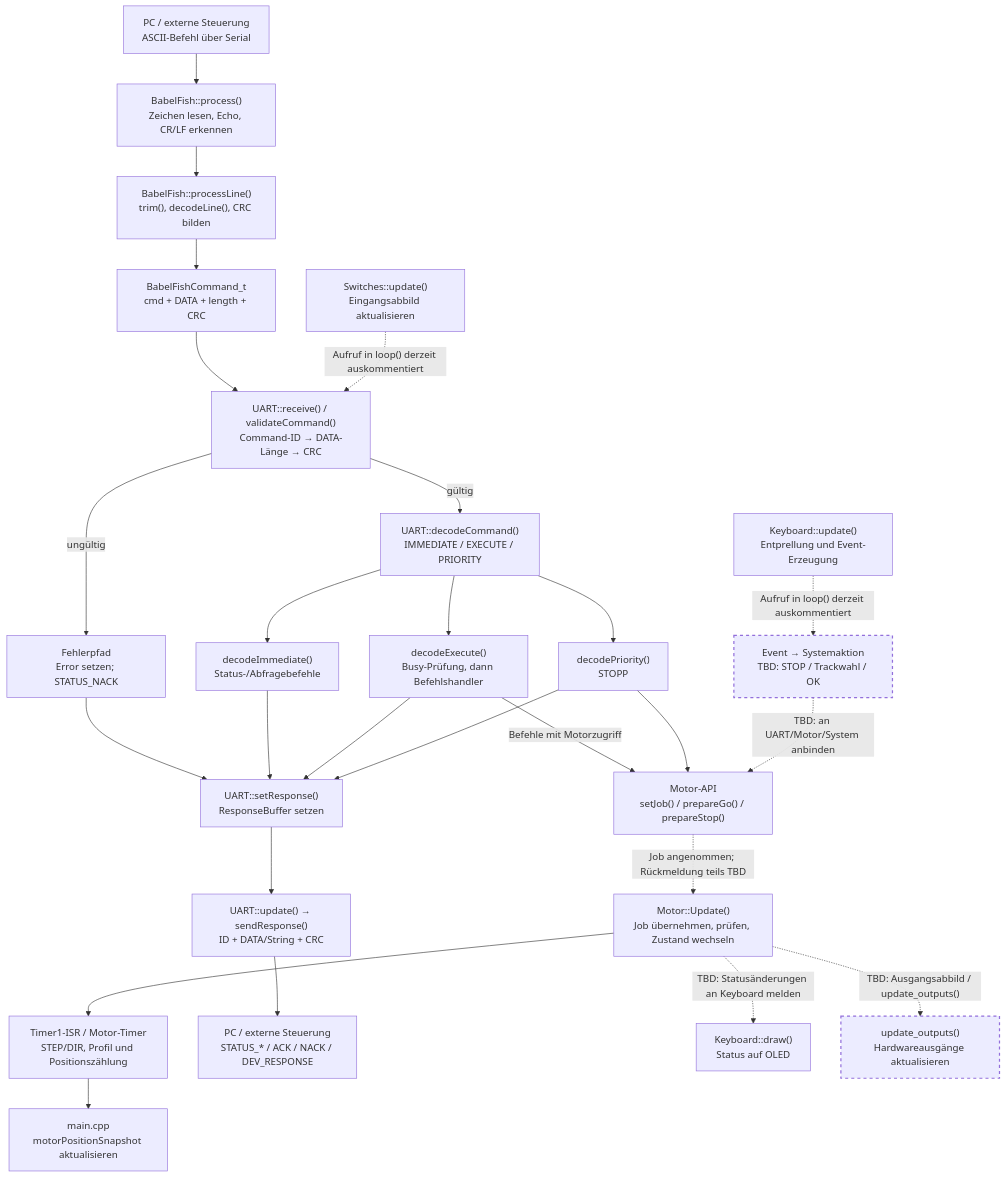
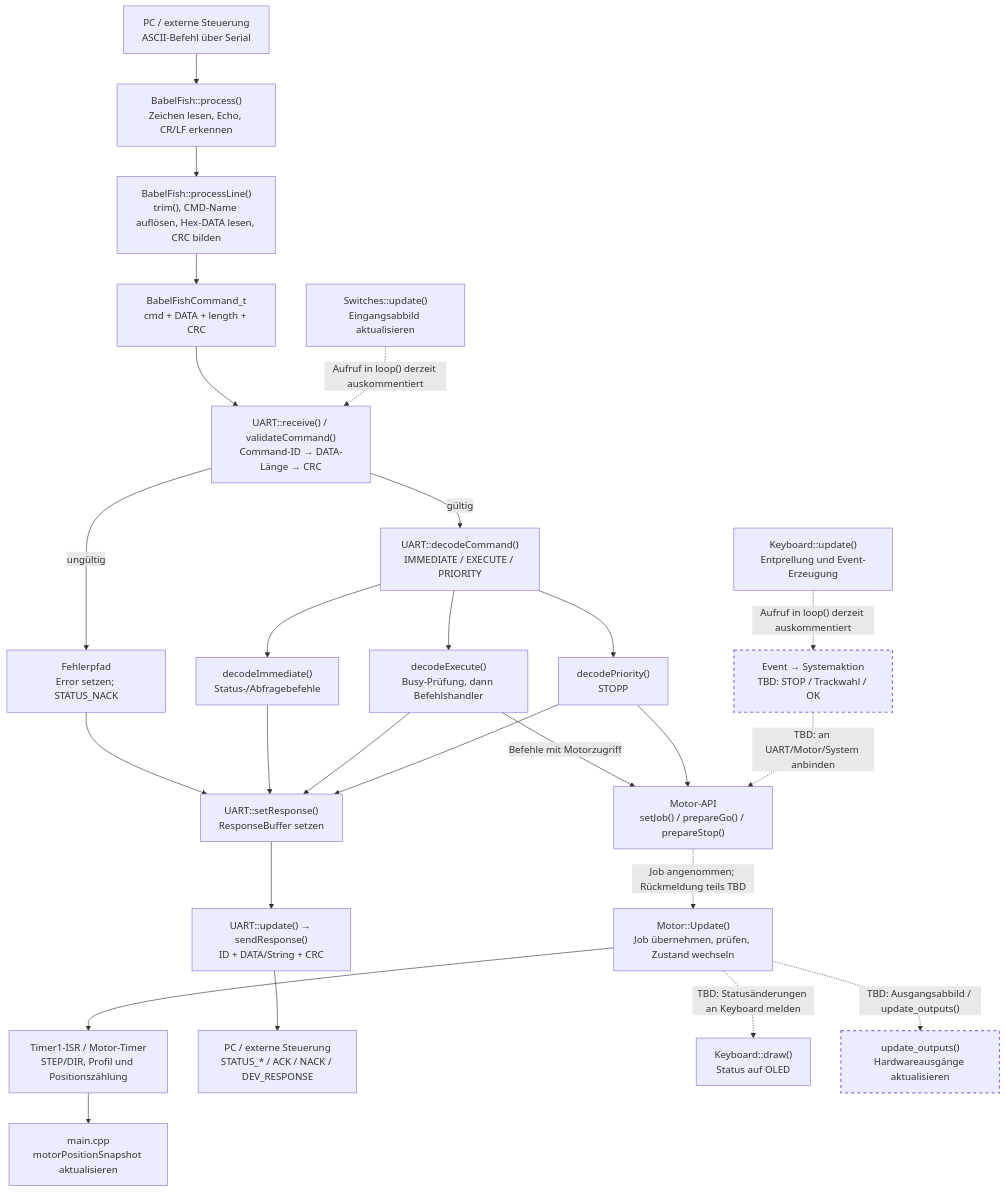
The diagram in FY_Controller_Motor/docs/System/UART_Datenfluss.md (ErikaB-sys/Fiddle_yard_UVB), drawn with Mermaid before and after one commit. The commit also changed other lines of this file, not shown here.

Commit message:
Update UART data-flow documentation for BabelFish

````diff
--- a/FY_Controller_Motor/docs/System/UART_Datenfluss.md
+++ b/FY_Controller_Motor/docs/System/UART_Datenfluss.md
@@ -9,51 +9,51 @@
 ```mermaid
 flowchart TD
     HOST["PC / externe Steuerung<br/>ASCII-Befehl über Serial"]
     BF["BabelFish::process()<br/>Zeichen lesen, Echo, CR/LF erkennen"]
-    LINE["BabelFish::processLine()<br/>trim(), decodeLine(), CRC bilden"]
+    LINE["BabelFish::processLine()<br/>trim(), CMD-Name auflösen, Hex-DATA lesen, CRC bilden"]
     CMD["BabelFishCommand_t<br/>cmd + DATA + length + CRC"]
     VALID["UART::receive() / validateCommand()<br/>Command-ID → DATA-Länge → CRC"]
     INVALID["Fehlerpfad<br/>Error setzen; STATUS_NACK"]
     DISPATCH["UART::decodeCommand()<br/>IMMEDIATE / EXECUTE / PRIORITY"]
     IMM["decodeImmediate()<br/>Status-/Abfragebefehle"]
     EXE["decodeExecute()<br/>Busy-Prüfung, dann Befehlshandler"]
     PRI["decodePriority()<br/>STOPP"]
     MOTORAPI["Motor-API<br/>setJob() / prepareGo() / prepareStop()"]
     JOB["Motor::Update()<br/>Job übernehmen, prüfen, Zustand wechseln"]
     ISR["Timer1-ISR / Motor-Timer<br/>STEP/DIR, Profil und Positionszählung"]
     SNAP["main.cpp<br/>motorPositionSnapshot aktualisieren"]
     RESPQ["UART::setResponse()<br/>ResponseBuffer setzen"]
     SEND["UART::update() → sendResponse()<br/>ID + DATA/String + CRC"]
     HOSTRESP["PC / externe Steuerung<br/>STATUS_* / ACK / NACK / DEV_RESPONSE"]
 
     HOST --> BF --> LINE --> CMD --> VALID
     VALID -- "ungültig" --> INVALID --> RESPQ
     VALID -- "gültig" --> DISPATCH
     DISPATCH --> IMM
     DISPATCH --> EXE
     DISPATCH --> PRI
     EXE -- "Befehle mit Motorzugriff" --> MOTORAPI
     PRI --> MOTORAPI
     MOTORAPI -. "Job angenommen; Rückmeldung teils TBD" .-> JOB
     JOB --> ISR
     ISR --> SNAP
     IMM --> RESPQ
     EXE --> RESPQ
     PRI --> RESPQ
     RESPQ --> SEND --> HOSTRESP
 
     KEY["Keyboard::update()<br/>Entprellung und Event-Erzeugung"]
     KEYLOG["Event → Systemaktion<br/>TBD: STOP / Trackwahl / OK"]
     DISPLAY["Keyboard::draw()<br/>Status auf OLED"]
     SWITCH["Switches::update()<br/>Eingangsabbild aktualisieren"]
     OUTPUT["update_outputs()<br/>Hardwareausgänge aktualisieren"]
 
     KEY -. "Aufruf in loop() derzeit auskommentiert" .-> KEYLOG
     KEYLOG -. "TBD: an UART/Motor/System anbinden" .-> MOTORAPI
     JOB -. "TBD: Statusänderungen an Keyboard melden" .-> DISPLAY
     SWITCH -. "Aufruf in loop() derzeit auskommentiert" .-> VALID
     JOB -. "TBD: Ausgangsabbild / update_outputs()" .-> OUTPUT
 
     classDef pending stroke-dasharray: 5 5,stroke-width:2px;
     class KEYLOG,OUTPUT pending;
 ```
````
